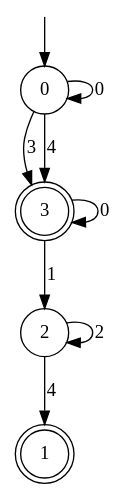
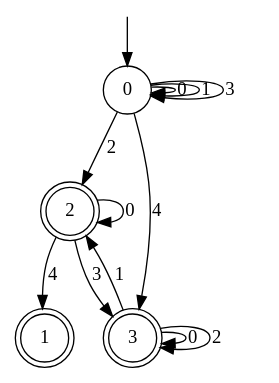
Before and after one commit to xinqin23/ShapeIt: the diagram in automaton_to_regex/automaton.dot, drawn with Graphviz. The commit also changed 506 other files, not shown here.

```diff
--- a/automaton_to_regex/automaton.dot
+++ b/automaton_to_regex/automaton.dot
@@ -1,18 +1,22 @@
 digraph g {
 
 	s0 [shape="circle" label="0"];
 	s1 [shape="doublecircle" label="1"];
-	s2 [shape="circle" label="2"];
+	s2 [shape="doublecircle" label="2"];
 	s3 [shape="doublecircle" label="3"];
 	s0 -> s0 [label="0"];
-	s0 -> s3 [label="3"];
+	s0 -> s0 [label="1"];
+	s0 -> s2 [label="2"];
+	s0 -> s0 [label="3"];
 	s0 -> s3 [label="4"];
-	s2 -> s2 [label="2"];
+	s2 -> s2 [label="0"];
+	s2 -> s3 [label="3"];
 	s2 -> s1 [label="4"];
 	s3 -> s3 [label="0"];
 	s3 -> s2 [label="1"];
+	s3 -> s3 [label="2"];
 
 __start0 [label="" shape="none" width="0" height="0"];
 __start0 -> s0;
 
 }
```
